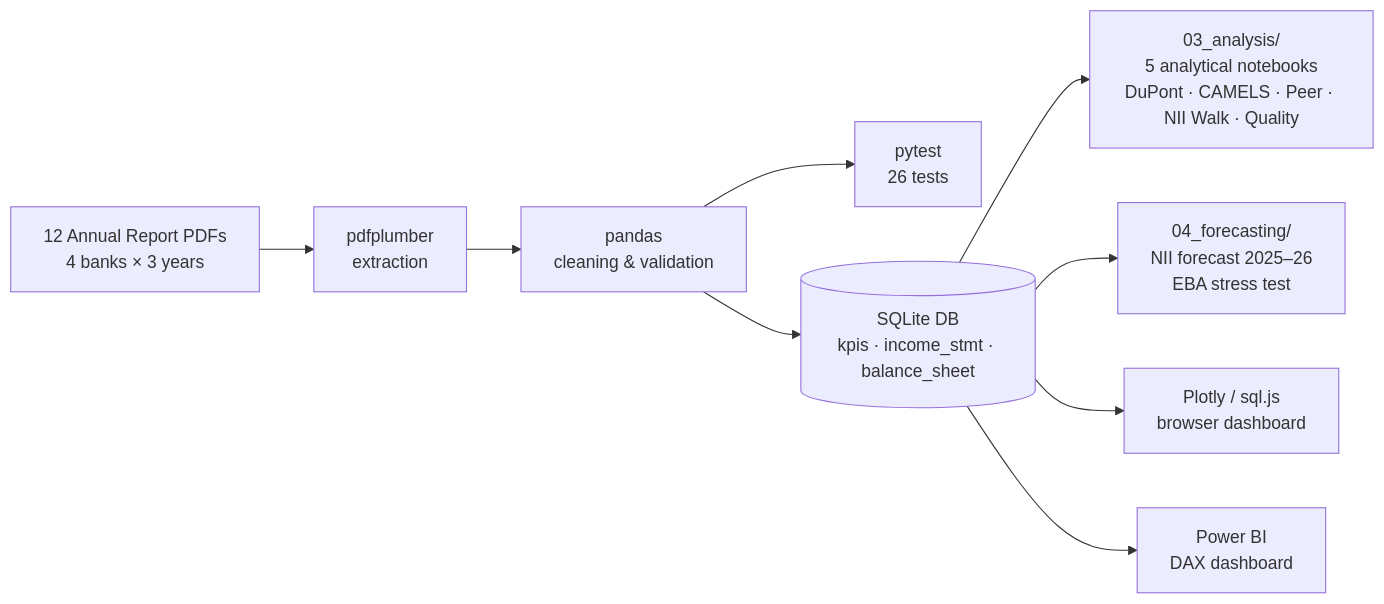
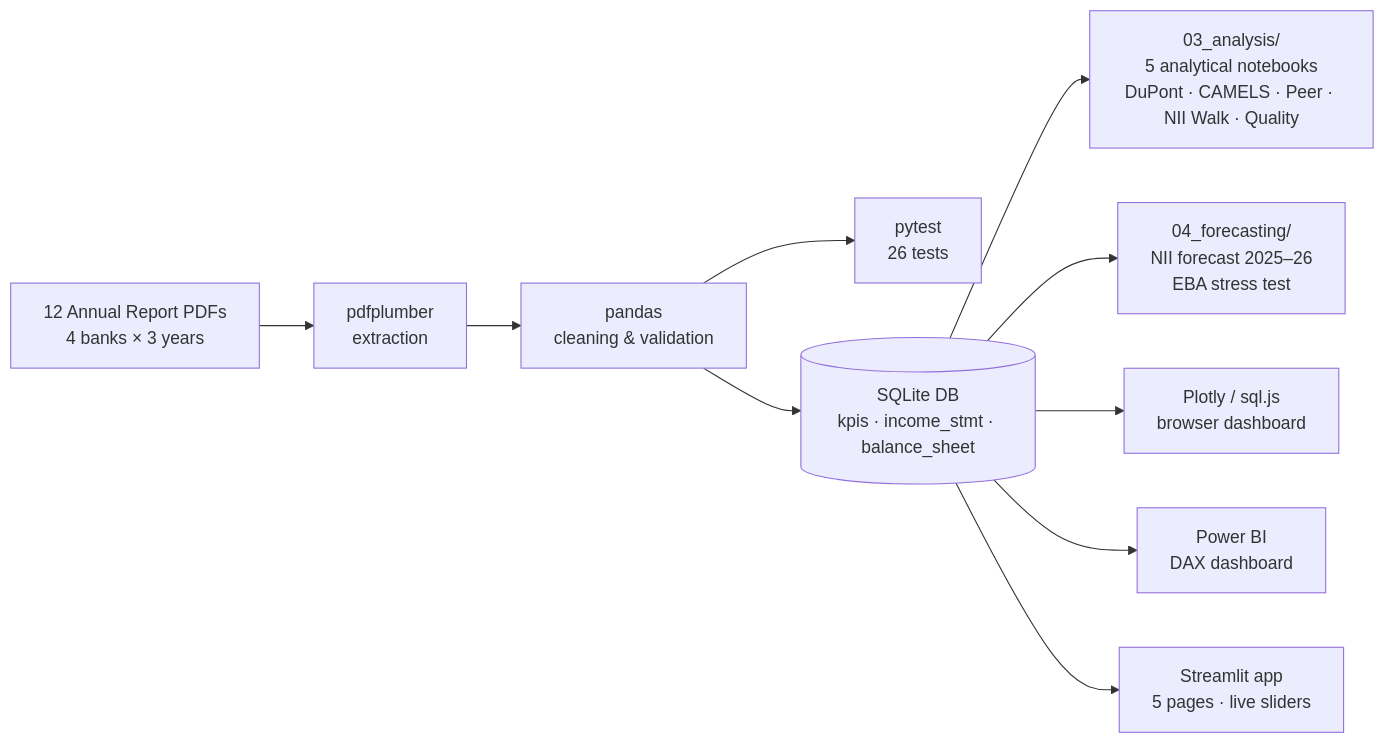
Before and after one commit to papastergiousp-maker/ETL_Pipelines: the diagram in README.md, drawn with Mermaid. The commit also changed other lines of this file and 9 other files, not shown here.

First line of the commit message:
feat: add Streamlit multi-page app (P1.1) with ECB macro overlay

````diff
--- a/README.md
+++ b/README.md
@@ -50,11 +52,12 @@
 ```mermaid
 flowchart LR
     PDFs["12 Annual Report PDFs\n4 banks × 3 years"] --> extract["pdfplumber\nextraction"]
     extract --> clean["pandas\ncleaning & validation"]
     clean --> tests["pytest\n26 tests"]
     clean --> SQLite[("SQLite DB\nkpis · income_stmt · balance_sheet")]
     SQLite --> analysis["03_analysis/\n5 analytical notebooks\nDuPont · CAMELS · Peer · NII Walk · Quality"]
     SQLite --> forecast["04_forecasting/\nNII forecast 2025–26\nEBA stress test"]
     SQLite --> html["Plotly / sql.js\nbrowser dashboard"]
     SQLite --> powerbi["Power BI\nDAX dashboard"]
+    SQLite --> streamlit["Streamlit app\n5 pages · live sliders"]
 ```
````
